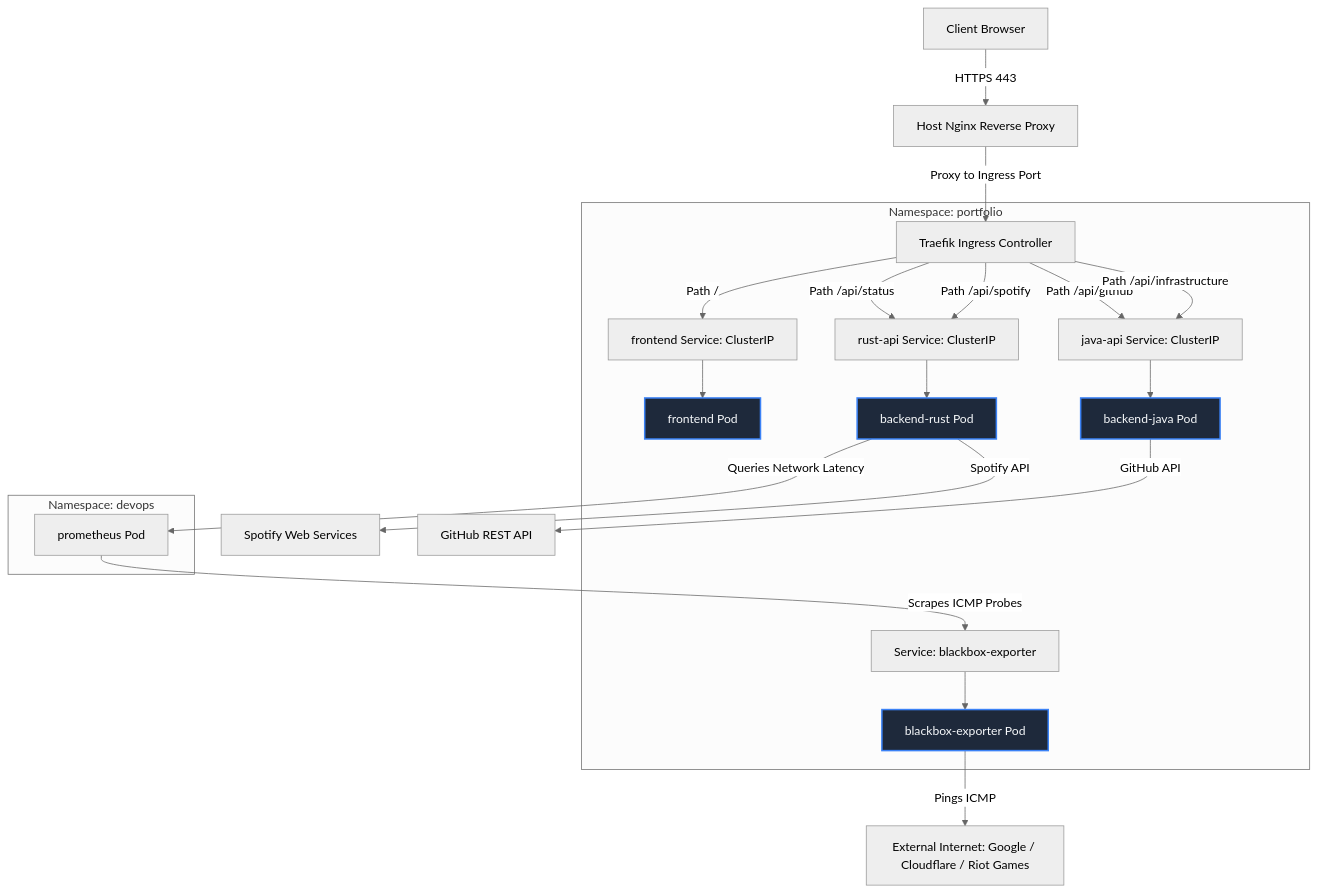
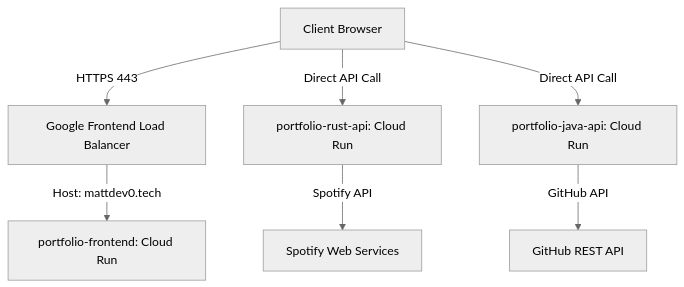
The first of 2 diagrams in README.md (mattDev0/portfolio-monorepo), drawn with Mermaid (neutral theme) before and after one commit. The commit also changed other lines of this file, not shown here.

Commit message:
docs: update README to reflect GCP serverless architecture

````diff
--- a/README.md
+++ b/README.md
@@ -19,31 +19,11 @@
 ```mermaid
 graph TD
-    Client[Client Browser] -->|HTTPS 443| Nginx[Host Nginx Reverse Proxy]
-    Nginx -->|Proxy to Ingress Port| Traefik[Traefik Ingress Controller]
+    Client[Client Browser] -->|HTTPS 443| GFE[Google Frontend Load Balancer]
+    GFE -->|Host: mattdev0.tech| FE[portfolio-frontend: Cloud Run]
     
-    subgraph "Namespace: portfolio"
-        Traefik -->|Path /| FE[frontend Service: ClusterIP]
-        Traefik -->|Path /api/status | Rust[rust-api Service: ClusterIP]
-        Traefik -->|Path /api/spotify| Rust
-        Traefik -->|Path /api/github| Java[java-api Service: ClusterIP]
-        Traefik -->|Path /api/infrastructure| Java
+    Client -->|Direct API Call| Rust[portfolio-rust-api: Cloud Run]
+    Client -->|Direct API Call| Java[portfolio-java-api: Cloud Run]
 
-        FE --> FE_Pod[frontend Pod]
-        Rust --> Rust_Pod[backend-rust Pod]
-        Java --> Java_Pod[backend-java Pod]
-        K8sBlackbox[Service: blackbox-exporter] --> Blackbox[blackbox-exporter Pod]
-    end
-
-    subgraph "Namespace: devops"
-        Prometheus[prometheus Pod]
-    end
-
-    Rust_Pod -->|Spotify API| Spotify[Spotify Web Services]
-    Java_Pod -->|GitHub API| GitHub[GitHub REST API]
-    Rust_Pod -->|Queries Network Latency| Prometheus
-    Prometheus -->|Scrapes ICMP Probes| K8sBlackbox
-    Blackbox -->|Pings ICMP| Internet[External Internet: Google / Cloudflare / Riot Games]
-
-    classDef portfolio fill:#1e293b,stroke:#3b82f6,stroke-width:2px,color:#f8fafc;
-    class FE_Pod,Rust_Pod,Java_Pod,Blackbox portfolio;
+    Rust -->|Spotify API| Spotify[Spotify Web Services]
+    Java -->|GitHub API| GitHub[GitHub REST API]
 ```
````
